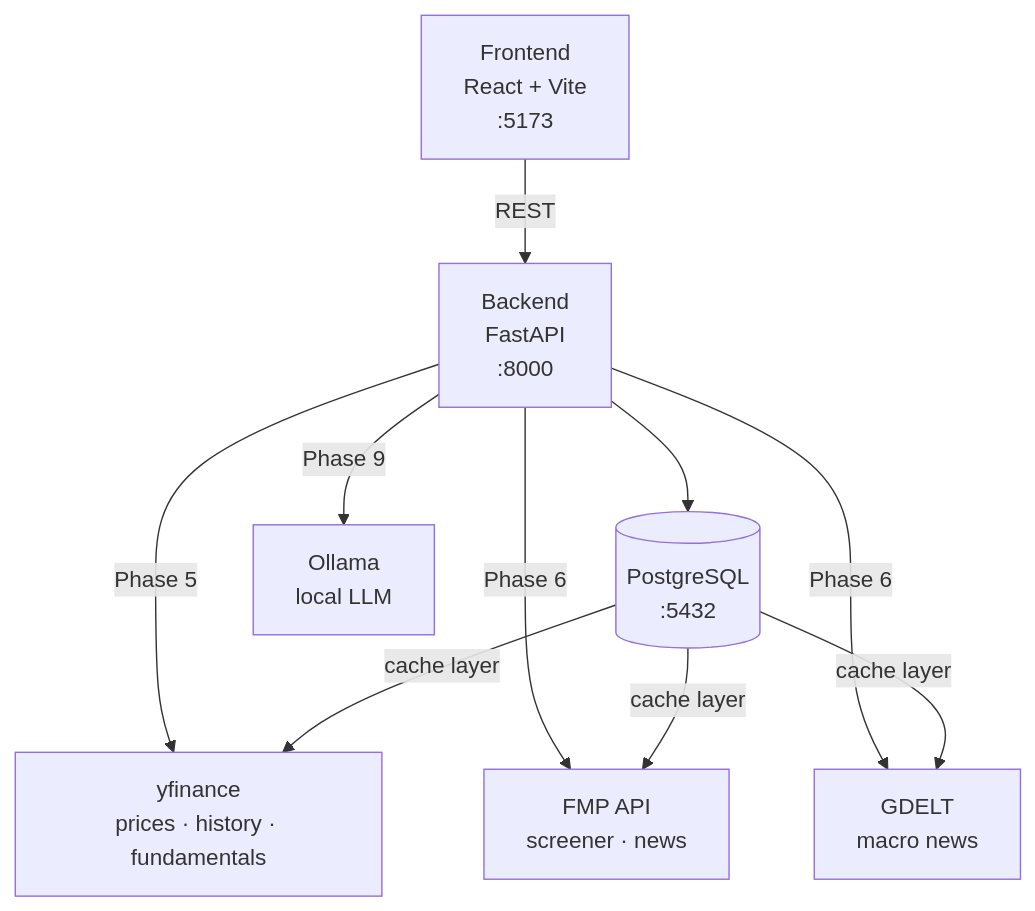
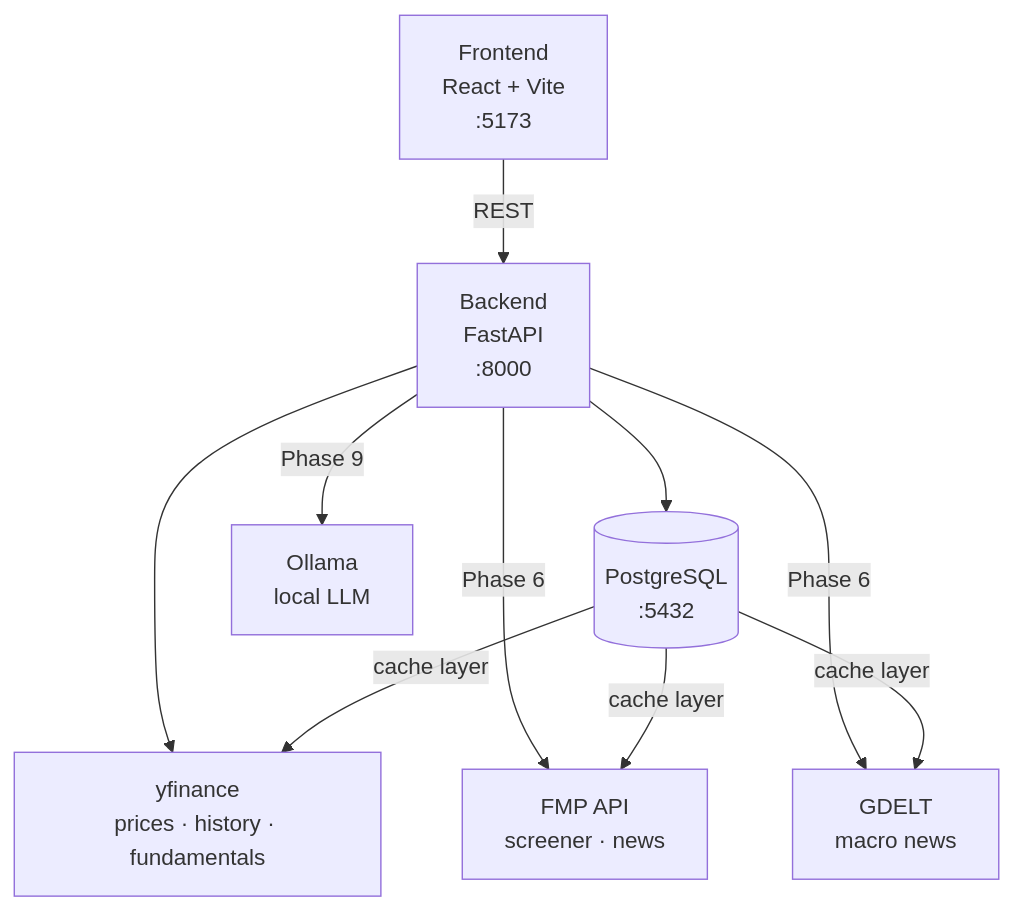
Before and after one commit to maxritter0714-sketch/assetflow-mini: the diagram in README.md, drawn with Mermaid. The commit also changed other lines of this file, not shown here.

First line of the commit message:
docs: update README to reflect Phase 5 completion

````diff
--- a/README.md
+++ b/README.md
@@ -25,20 +25,20 @@
 ```mermaid
 graph TD
     FE["Frontend\nReact + Vite\n:5173"]
     BE["Backend\nFastAPI\n:8000"]
     DB[("PostgreSQL\n:5432")]
     YF["yfinance\nprices · history · fundamentals"]
     FMP["FMP API\nscreener · news"]
     GDELT["GDELT\nmacro news"]
     OLLAMA["Ollama\nlocal LLM"]
 
     FE -->|REST| BE
     BE --> DB
-    BE -->|Phase 5| YF
+    BE --> YF
     BE -->|Phase 6| FMP
     BE -->|Phase 6| GDELT
     BE -->|Phase 9| OLLAMA
     DB -->|cache layer| YF
     DB -->|cache layer| FMP
     DB -->|cache layer| GDELT
 ```
````
